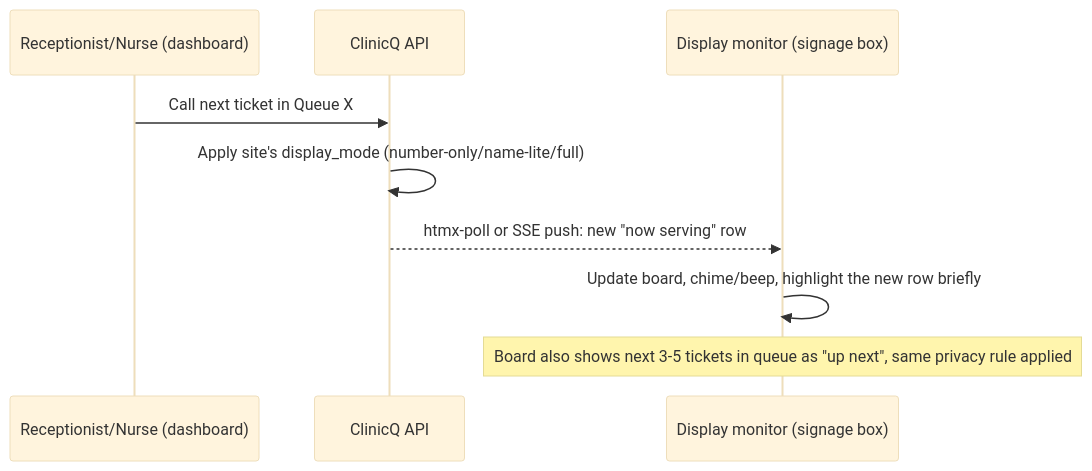
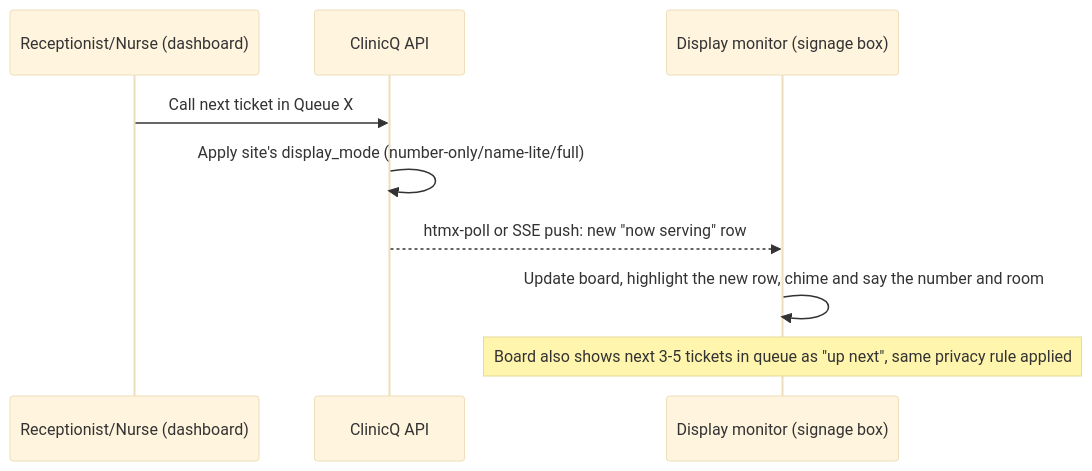
One commit to Billykat7/clinicQ changed the second of 2 diagrams in docs/PRODUCT/04-display-monitor.md. Above: the diagram before and after it, drawn with Mermaid (base theme). The commit also changed other lines of this file and 43 other files, not shown here.

First line of the commit message:
Issue 60: Announce each call with a chime and the number and room in the clinic's language, one at a time, never a name

````diff
--- a/docs/PRODUCT/04-display-monitor.md
+++ b/docs/PRODUCT/04-display-monitor.md
@@ -59,11 +59,11 @@
 ```mermaid
 sequenceDiagram
     participant R as Receptionist/Nurse (dashboard)
     participant API as ClinicQ API
     participant D as Display monitor (signage box)
     R->>API: Call next ticket in Queue X
     API->>API: Apply site's display_mode (number-only/name-lite/full)
     API-->>D: htmx-poll or SSE push: new "now serving" row
-    D->>D: Update board, chime/beep, highlight the new row briefly
+    D->>D: Update board, highlight the new row, chime and say the number and room
     Note over D: Board also shows next 3-5 tickets in queue as "up next", same privacy rule applied
 ```
````
